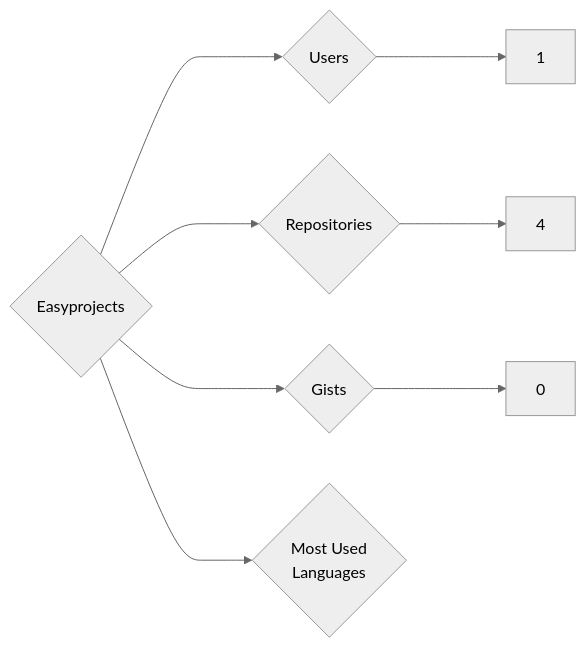
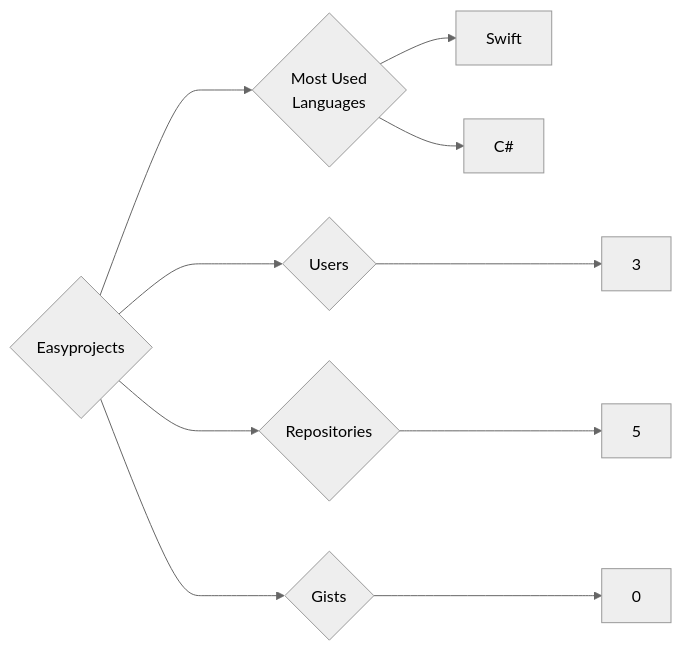
The diagram in targets/Easyprojects/README.md (trickest/insiders), drawn with Mermaid (neutral theme) before and after one commit. The commit also changed 1023 other files, not shown here.

````diff
--- a/targets/Easyprojects/README.md
+++ b/targets/Easyprojects/README.md
@@ -3,8 +3,10 @@
 ```mermaid
 graph LR
 COMPANY_NAME{Easyprojects}
-COMPANY_NAME ---> U{Users} ---> UN[1]
-COMPANY_NAME ---> R{Repositories} ---> RN[4]
+COMPANY_NAME ---> U{Users} ---> UN[3]
+COMPANY_NAME ---> R{Repositories} ---> RN[5]
 COMPANY_NAME ---> G{Gists} ---> GN[0]
 COMPANY_NAME ---> ML{Most Used<br>Languages}
+ML --> Swift[Swift]
+ML --> C#[C#]
 ```
````
